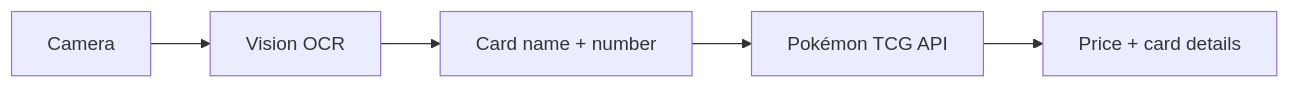
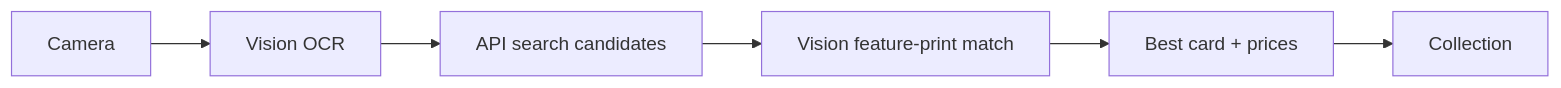
Before and after one commit to samuelgann90-lgtm/Ideas-for-Apps: the diagram in PokemonCardScanner/README.md, drawn with Mermaid. The commit also changed other lines of this file and 14 other files, not shown here.

````diff
--- a/PokemonCardScanner/README.md
+++ b/PokemonCardScanner/README.md
@@ -7,7 +16,8 @@
 ```mermaid
 flowchart LR
   A[Camera] --> B[Vision OCR]
-  B --> C[Card name + number]
-  C --> D[Pokémon TCG API]
-  D --> E[Price + card details]
+  B --> C[API search candidates]
+  C --> D[Vision feature-print match]
+  D --> E[Best card + prices]
+  E --> F[Collection]
 ```
````
